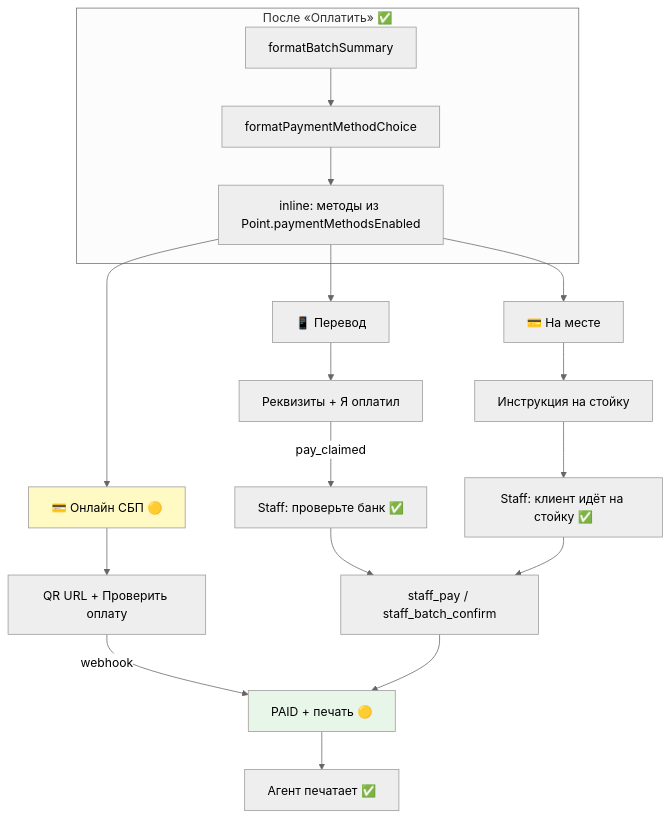
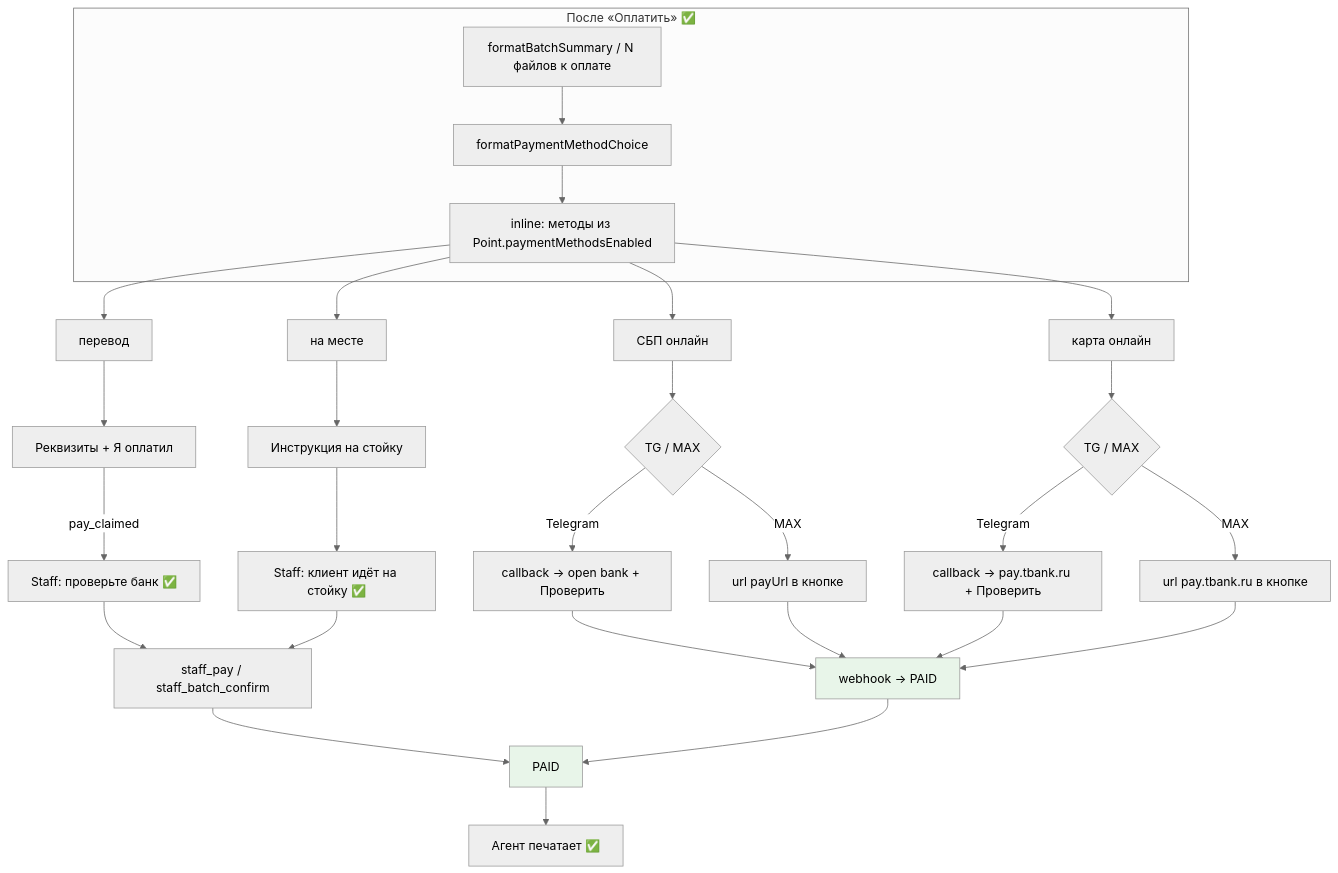
The fourth of 5 diagrams in doc/product/bot-user-flow.md (shiro1702/kopir), drawn with Mermaid (neutral theme) before and after one commit. The commit also changed other lines of this file and 25 other files, not shown here.

````diff
--- a/doc/product/bot-user-flow.md
+++ b/doc/product/bot-user-flow.md
@@ -250,31 +256,45 @@
 ```mermaid
 flowchart TD
   subgraph finalize [После «Оплатить» ✅]
-    F1[formatBatchSummary]
+    F1[formatBatchSummary / N файлов к оплате]
     F2[formatPaymentMethodChoice]
     F3[inline: методы из Point.paymentMethodsEnabled]
   end
 
   F1 --> F2 --> F3
 
-  F3 --> M1[📱 Перевод]
-  F3 --> M2[💳 На месте]
-  F3 --> M3[💳 Онлайн СБП 🟡]
+  F3 --> M1[перевод]
+  F3 --> M2[на месте]
+  F3 --> M3[СБП онлайн]
+  F3 --> M4[карта онлайн]
 
   M1 --> T1[Реквизиты + Я оплатил]
   M2 --> T2[Инструкция на стойку]
-  M3 --> T3[QR URL + Проверить оплату]
+
+  M3 --> P3{TG / MAX}
+  M4 --> P4{TG / MAX}
+
+  P3 -->|Telegram| TG3[callback → open bank + Проверить]
+  P3 -->|MAX| MAX3[url payUrl в кнопке]
+
+  P4 -->|Telegram| TG4[callback → pay.tbank.ru + Проверить]
+  P4 -->|MAX| MAX4[url pay.tbank.ru в кнопке]
+
+  TG3 --> WH[webhook → PAID]
+  TG4 --> WH
+  MAX3 --> WH
+  MAX4 --> WH
 
   T1 -->|pay_claimed| ST1[Staff: проверьте банк ✅]
   T2 --> ST2[Staff: клиент идёт на стойку ✅]
-  T3 -->|webhook| PAID[PAID + печать 🟡]
 
   ST1 --> CONF[staff_pay / staff_batch_confirm]
   ST2 --> CONF
-  CONF --> PAID
+  CONF --> PAID[PAID]
+  WH --> PAID
 
   PAID --> PRINT[Агент печатает ✅]
 
-  style M3 fill:#fff9c4
+  style WH fill:#e8f5e9
   style PAID fill:#e8f5e9
 ```
````
